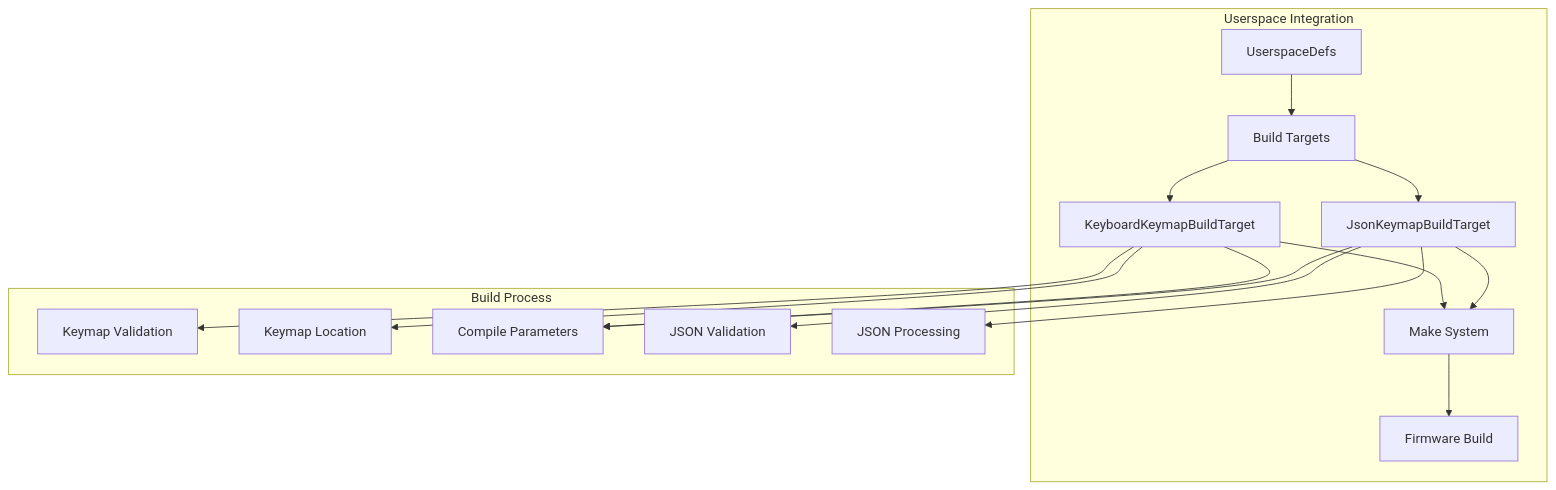
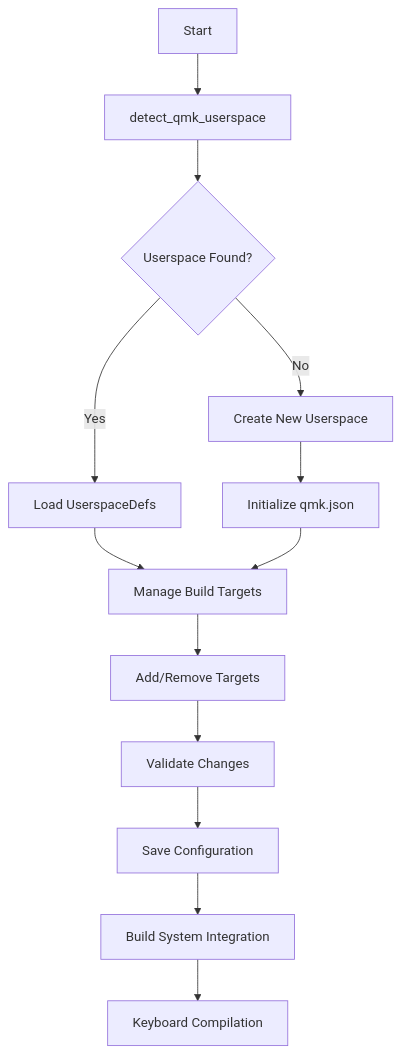
The eighth of 8 diagrams in docs/qmk--qmk_firmware-docs/userspace.md (FSoft-AI4Code/codewiki-demo), drawn with Mermaid before and after one commit. The commit also changed other lines of this file and 1103 other files, not shown here.

````diff
--- a/docs/qmk--qmk_firmware-docs/userspace.md
+++ b/docs/qmk--qmk_firmware-docs/userspace.md
@@ -165,23 +246,18 @@
 ```mermaid
-graph TB
-    subgraph "Userspace Integration"
-        US[UserspaceDefs] --> BT[Build Targets]
-        BT --> KKB[KeyboardKeymapBuildTarget]
-        BT --> JKB[JsonKeymapBuildTarget]
-        
-        KKB --> MK[Make System]
-        JKB --> MK
-        
-        MK --> FW[Firmware Build]
-    end
+graph TD
+    A[Start] --> B[detect_qmk_userspace]
+    B --> C{Userspace Found?}
+    C -->|Yes| D[Load UserspaceDefs]
+    C -->|No| E[Create New Userspace]
     
-    subgraph "Build Process"
-        KKB --> KV[Keymap Validation]
-        KKB --> KL[Keymap Location]
-        KKB --> CP[Compile Parameters]
-        
-        JKB --> JV[JSON Validation]
-        JKB --> JP[JSON Processing]
-        JKB --> CP
-    end
+    D --> F[Manage Build Targets]
+    F --> G[Add/Remove Targets]
+    G --> H[Validate Changes]
+    H --> I[Save Configuration]
+    
+    E --> J[Initialize qmk.json]
+    J --> F
+    
+    I --> K[Build System Integration]
+    K --> L[Keyboard Compilation]
 ```
````
